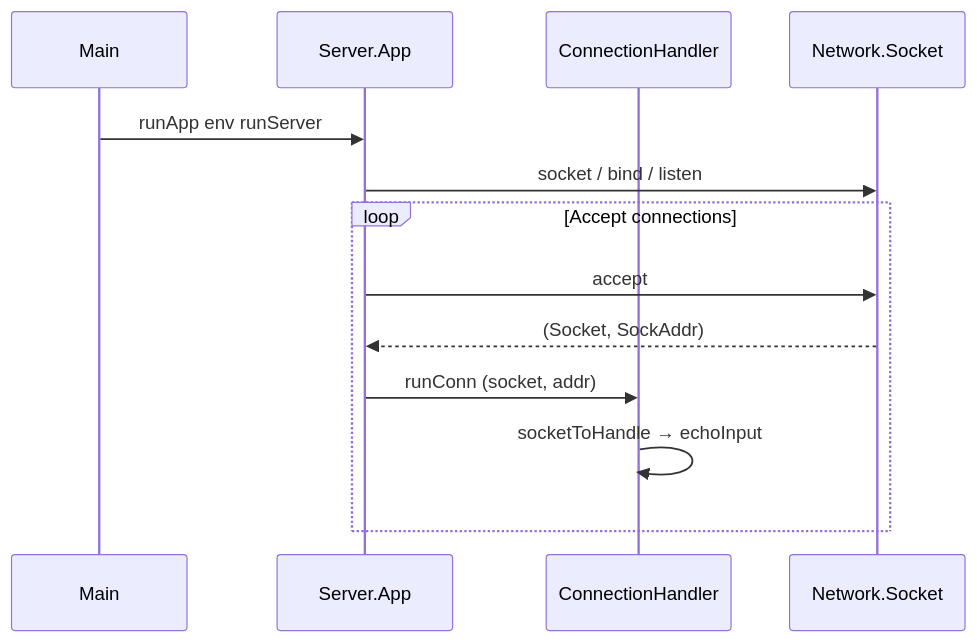
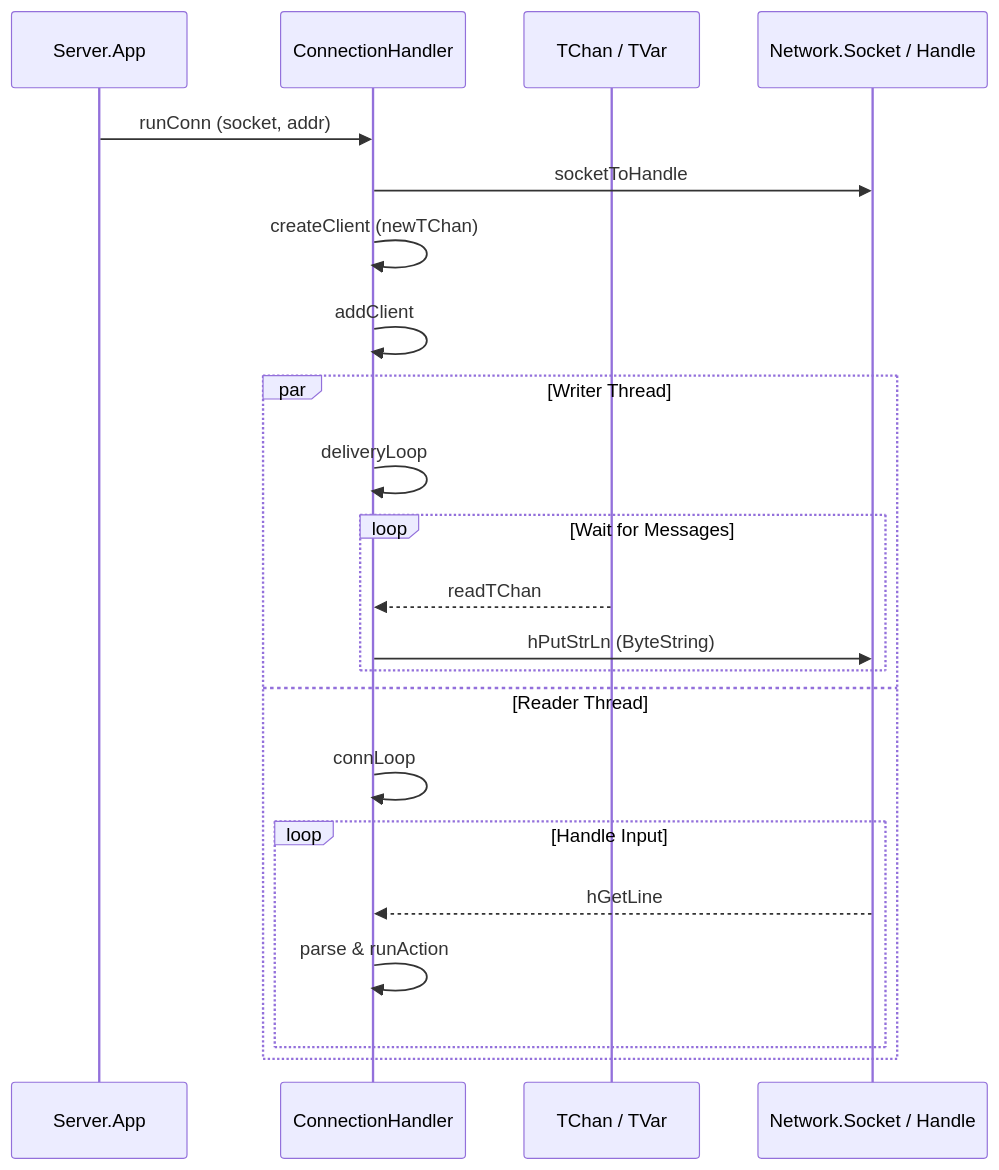
Before and after one commit to hdvvaldes/proyecto1Myp: the second of 2 diagrams in server/doc/design.md, drawn with Mermaid. The commit also changed other lines of this file and 8 other files, not shown here.

````diff
--- a/server/doc/design.md
+++ b/server/doc/design.md
@@ -120,16 +137,25 @@
 ```mermaid
 sequenceDiagram
-    participant Main
     participant App as Server.App
     participant Conn as ConnectionHandler
-    participant Net as Network.Socket
+    participant STM as TChan / TVar
+    participant Net as Network.Socket / Handle
 
-    Main->>App: runApp env runServer
-    App->>Net: socket / bind / listen
-    loop Accept connections
-        App->>Net: accept
-        Net-->>App: (Socket, SockAddr)
-        App->>Conn: runConn (socket, addr)
-        Conn->>Conn: socketToHandle → echoInput
+    App->>Conn: runConn (socket, addr)
+    Conn->>Net: socketToHandle
+    Conn->>Conn: createClient (newTChan)
+    Conn->>Conn: addClient
+    par Writer Thread
+        Conn->>Conn: deliveryLoop
+        loop Wait for Messages
+            STM-->>Conn: readTChan
+            Conn->>Net: hPutStrLn (ByteString)
+        end
+    and Reader Thread
+        Conn->>Conn: connLoop
+        loop Handle Input
+            Net-->>Conn: hGetLine
+            Conn->>Conn: parse & runAction
+        end
     end
 ```
````
